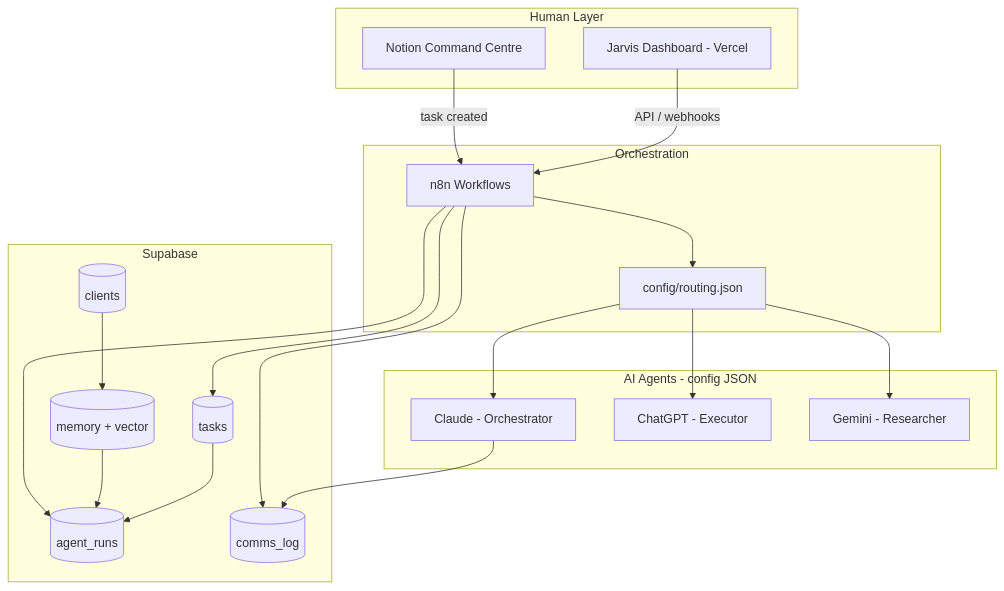
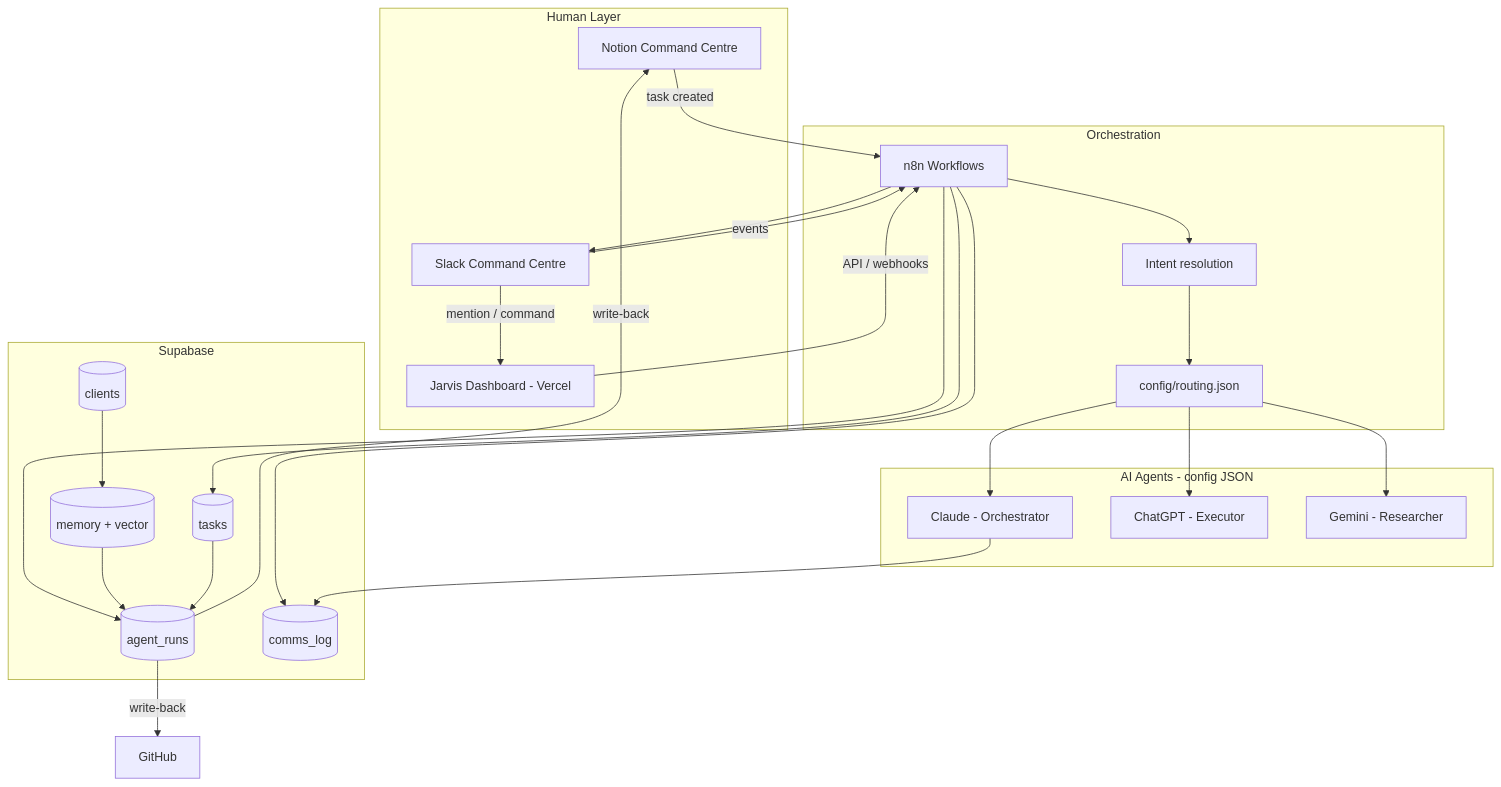
One commit to tasmandavids/Jarvis changed the first of 3 diagrams in docs/ARCHITECTURE.md. Above: the diagram before and after it, drawn with Mermaid. The commit also changed other lines of this file and 38 other files, not shown here.

````diff
--- a/docs/ARCHITECTURE.md
+++ b/docs/ARCHITECTURE.md
@@ -7,42 +7,51 @@
 ```mermaid
 flowchart TB
     subgraph human [Human Layer]
         Notion[Notion Command Centre]
+        Slack[Slack Command Centre]
         Dashboard[Jarvis Dashboard - Vercel]
     end
 
     subgraph orchestration [Orchestration]
         n8n[n8n Workflows]
         Routing[config/routing.json]
+        Intent[Intent resolution]
     end
 
     subgraph agents [AI Agents - config JSON]
         Claude[Claude - Orchestrator]
         OpenAI[ChatGPT - Executor]
         Gemini[Gemini - Researcher]
     end
 
     subgraph data [Supabase]
         Clients[(clients)]
         Tasks[(tasks)]
         Memory[(memory + vector)]
         Runs[(agent_runs)]
         Comms[(comms_log)]
     end
 
     Notion -->|task created| n8n
+    Slack -->|mention / command| Dashboard
+    Slack -->|events| n8n
     Dashboard -->|API / webhooks| n8n
 
-    n8n --> Routing
+    n8n --> Intent
+    Intent --> Routing
     Routing --> Claude
     Routing --> OpenAI
     Routing --> Gemini
 
     n8n --> Tasks
     n8n --> Runs
     n8n --> Comms
+    n8n --> Slack
     Claude --> Comms
     Memory --> Runs
     Clients --> Memory
     Tasks --> Runs
+
+    Runs -->|write-back| Notion
+    Runs -->|write-back| GitHub
 ```
````
